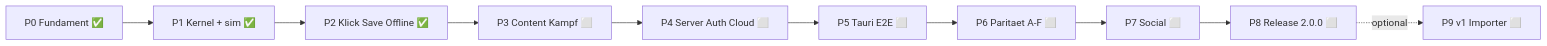
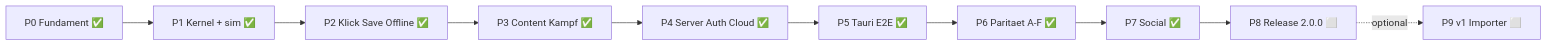
The second of 2 diagrams in .cursor/plans/greenfield_rewrite_v2.plan.md (Trobikus/archiv-des-vergessens-2), drawn with Mermaid before and after one commit. The commit also changed other lines of this file and 10 other files, not shown here.

````diff
--- a/.cursor/plans/greenfield_rewrite_v2.plan.md
+++ b/.cursor/plans/greenfield_rewrite_v2.plan.md
@@ -212,12 +213,12 @@
 ```mermaid
 graph LR
   P0["P0 Fundament ✅"] --> P1["P1 Kernel + sim ✅"]
   P1 --> P2["P2 Klick Save Offline ✅"]
-  P2 --> P3["P3 Content Kampf ⬜"]
-  P3 --> P4["P4 Server Auth Cloud ⬜"]
-  P4 --> P5["P5 Tauri E2E ⬜"]
-  P5 --> P6["P6 Paritaet A-F ⬜"]
-  P6 --> P7["P7 Social ⬜"]
+  P2 --> P3["P3 Content Kampf ✅"]
+  P3 --> P4["P4 Server Auth Cloud ✅"]
+  P4 --> P5["P5 Tauri E2E ✅"]
+  P5 --> P6["P6 Paritaet A-F ✅"]
+  P6 --> P7["P7 Social ✅"]
   P7 --> P8["P8 Release 2.0.0 ⬜"]
   P8 -.optional.-> P9["P9 v1 Importer ⬜"]
 ```
````
